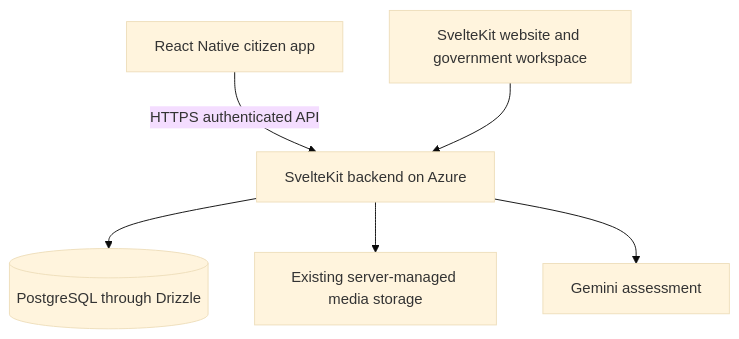
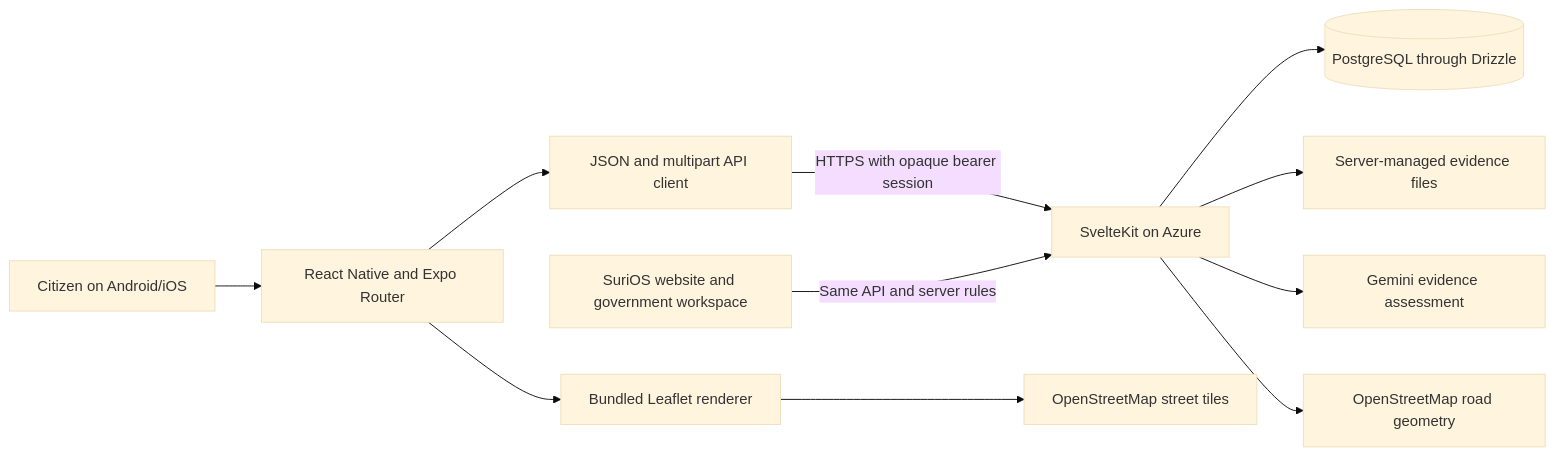
The first of 4 diagrams in docs/ARCHITECTURE.md (Auvryy/surios-ai-app), drawn with Mermaid (base theme) before and after one commit. The commit also changed other lines of this file and 6 other files, not shown here.

Commit message:
docs: describe mobile mapping reporting and architecture

````diff
--- a/docs/ARCHITECTURE.md
+++ b/docs/ARCHITECTURE.md
@@ -15,8 +11,13 @@
 ```mermaid
-flowchart TD
-    M[React Native citizen app] -->|HTTPS authenticated API| A[SvelteKit backend on Azure]
-    W[SvelteKit website and government workspace] --> A
-    A --> D[(PostgreSQL through Drizzle)]
-    A --> F[Existing server-managed media storage]
-    A --> G[Gemini assessment]
+flowchart LR
+    Citizen[Citizen on Android/iOS] --> UI[React Native and Expo Router]
+    UI --> Transport[JSON and multipart API client]
+    Transport -->|HTTPS with opaque bearer session| API[SvelteKit on Azure]
+    Web[SuriOS website and government workspace] -->|Same API and server rules| API
+    API --> DB[(PostgreSQL through Drizzle)]
+    API --> Files[Server-managed evidence files]
+    API --> AI[Gemini evidence assessment]
+    API --> OSM[OpenStreetMap road geometry]
+    UI --> Map[Bundled Leaflet renderer]
+    Map --> Tiles[OpenStreetMap street tiles]
 ```
````
